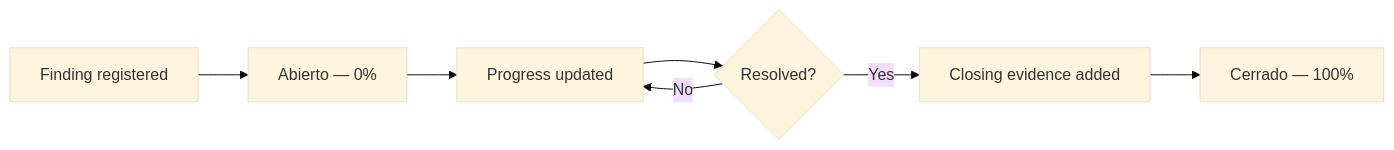
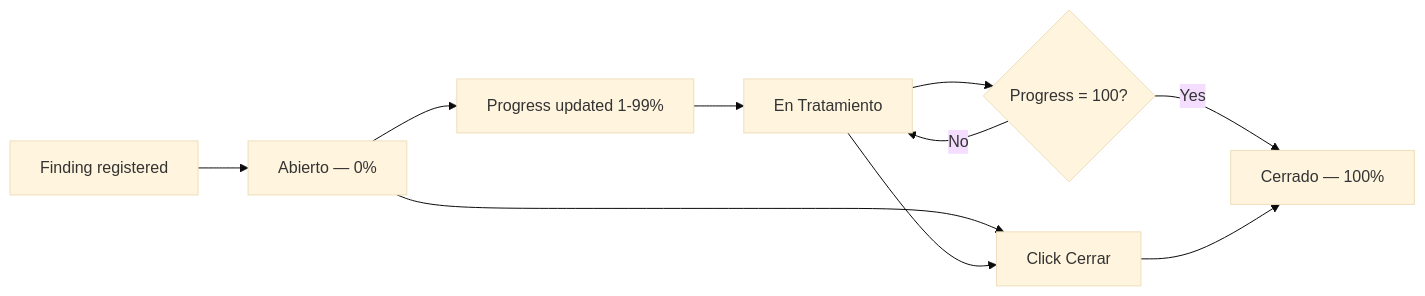
One commit to mintlify-atlas/docs-atlas-7e946b81 changed the diagram in features/findings.mdx. Above: the diagram before and after it, drawn with Mermaid (base theme). The commit also changed other lines of this file and 13 other files, not shown here.

````diff
--- a/features/findings.mdx
+++ b/features/findings.mdx
@@ -102,9 +105,12 @@
 ```mermaid
 flowchart LR
     A[Finding registered] --> B[Abierto — 0%]
-    B --> C[Progress updated]
-    C --> D{Resolved?}
-    D -->|No| C
-    D -->|Yes| E[Closing evidence added]
-    E --> F[Cerrado — 100%]
+    B --> C[Progress updated 1-99%]
+    C --> D[En Tratamiento]
+    D --> E{Progress = 100?}
+    E -->|No| D
+    E -->|Yes| F[Cerrado — 100%]
+    B --> G[Click Cerrar]
+    D --> G
+    G --> F
 ```
````
